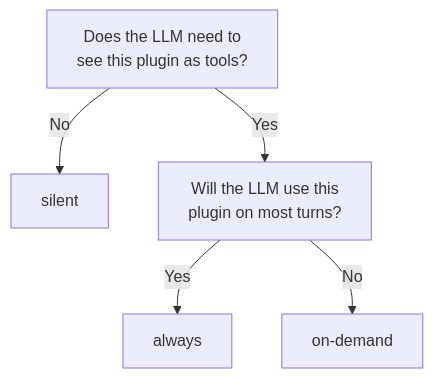
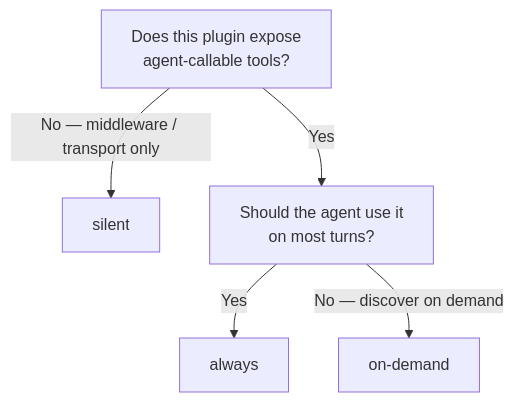
Before and after one commit to ixoworld/docs: the diagram in build-an-oracle/develop/plugin-recipes/set-visibility.mdx, drawn with Mermaid. The commit also changed other lines of this file and 49 other files, not shown here.

````diff
--- a/build-an-oracle/develop/plugin-recipes/set-visibility.mdx
+++ b/build-an-oracle/develop/plugin-recipes/set-visibility.mdx
@@ -56,8 +60,8 @@
     ```mermaid
     graph TD
-        A["Does the LLM need to<br/>see this plugin as tools?"]
-        A -->|No| Silent[silent]
-        A -->|Yes| B["Will the LLM use this<br/>plugin on most turns?"]
+        A["Does this plugin expose<br/>agent-callable tools?"]
+        A -->|No — middleware / transport only| Silent[silent]
+        A -->|Yes| B["Should the agent use it<br/>on most turns?"]
         B -->|Yes| Always[always]
-        B -->|No| OnDemand[on-demand]
+        B -->|No — discover on demand| OnDemand[on-demand]
     ```
````
